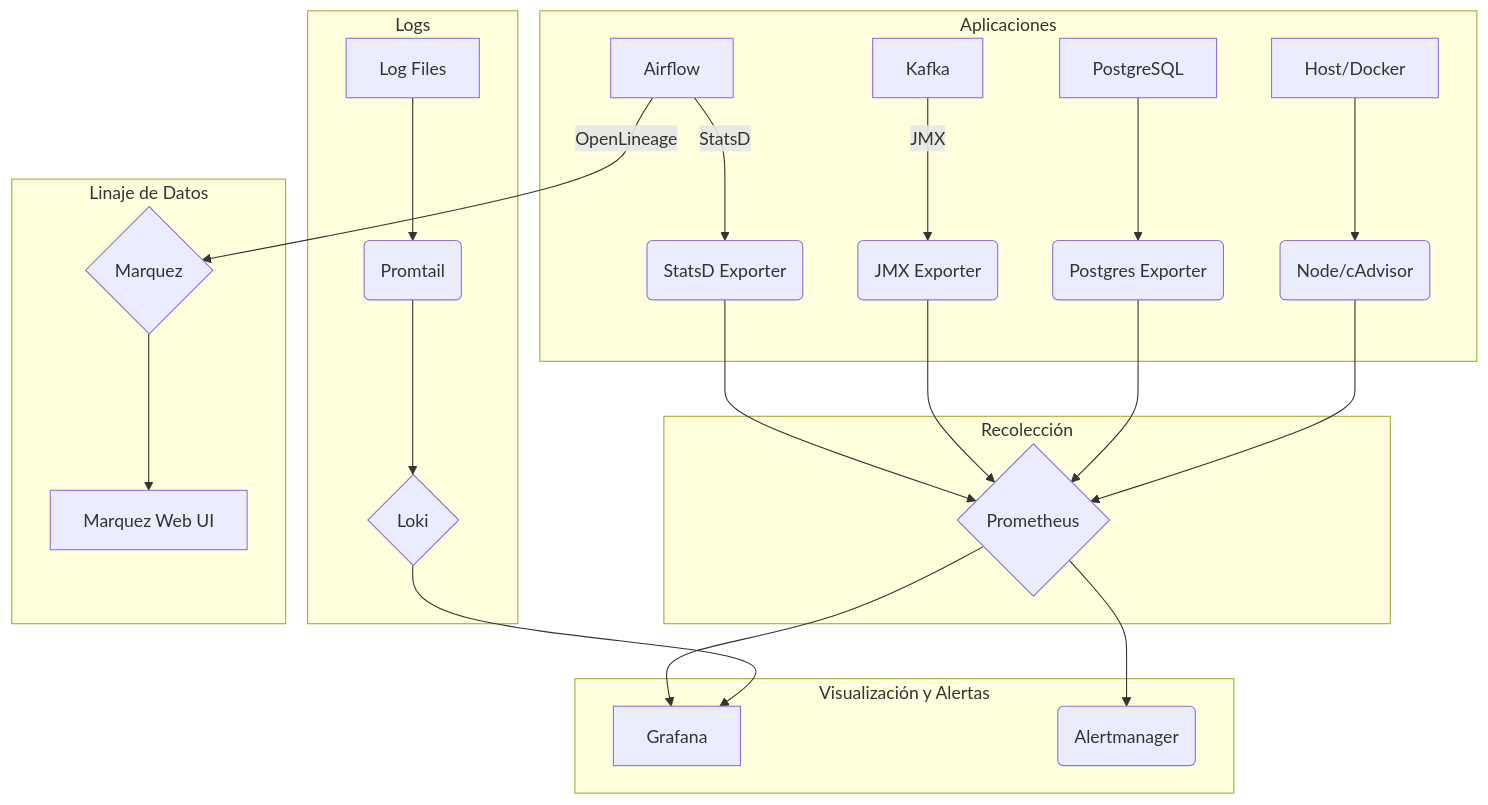
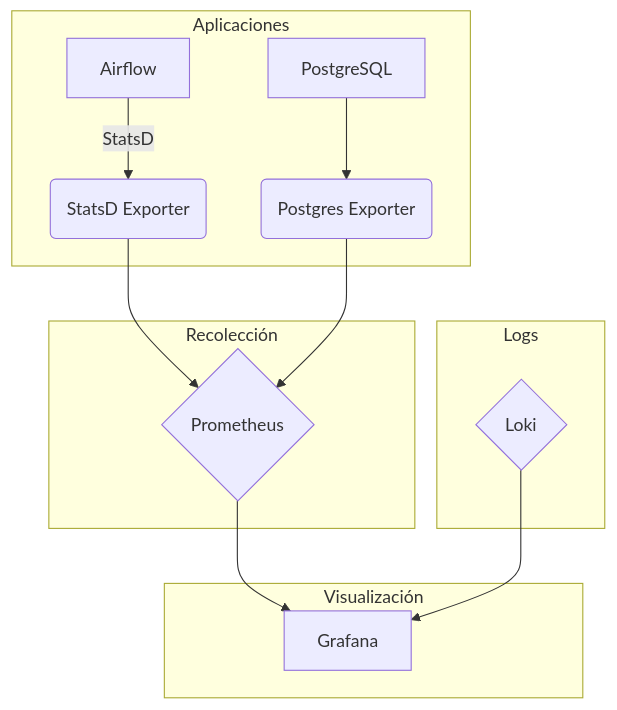
The diagram in docs/observability_stack.md (ikitech-solutions/ikitech-grupo-exito-c1), drawn with Mermaid before and after one commit. The commit also changed other lines of this file and 10 other files, not shown here.

First line of the commit message:
Clean up observability stack: remove Marquez, OpenLineage, JMX exporter and Linux-specific files

````diff
--- a/docs/observability_stack.md
+++ b/docs/observability_stack.md
@@ -25,32 +21,21 @@
 ```mermaid
 graph TD
     subgraph "Aplicaciones"
         A[Airflow] -->|StatsD| B(StatsD Exporter)
-        C[Kafka] -->|JMX| D(JMX Exporter)
         E[PostgreSQL] --> F(Postgres Exporter)
-        G[Host/Docker] --> H(Node/cAdvisor)
     end
 
     subgraph "Recolección"
         B --> I{Prometheus}
-        D --> I
         F --> I
-        H --> I
     end
 
     subgraph "Logs"
-        J[Log Files] --> K(Promtail)
-        K --> L{Loki}
+        L{Loki}
     end
 
-    subgraph "Visualización y Alertas"
+    subgraph "Visualización"
         I --> M[Grafana]
         L --> M
-        I --> N(Alertmanager)
-    end
-
-    subgraph "Linaje de Datos"
-        A -->|OpenLineage| O{Marquez}
-        O --> P[Marquez Web UI]
     end
 ```
````
